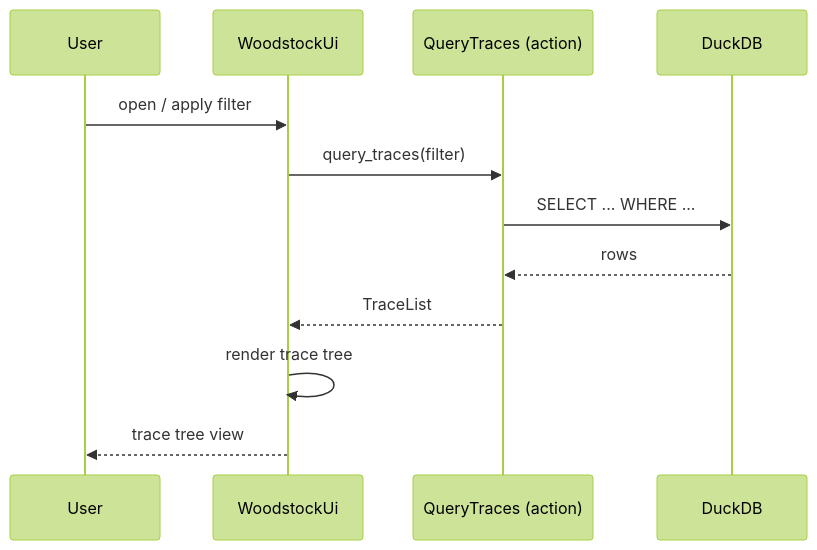
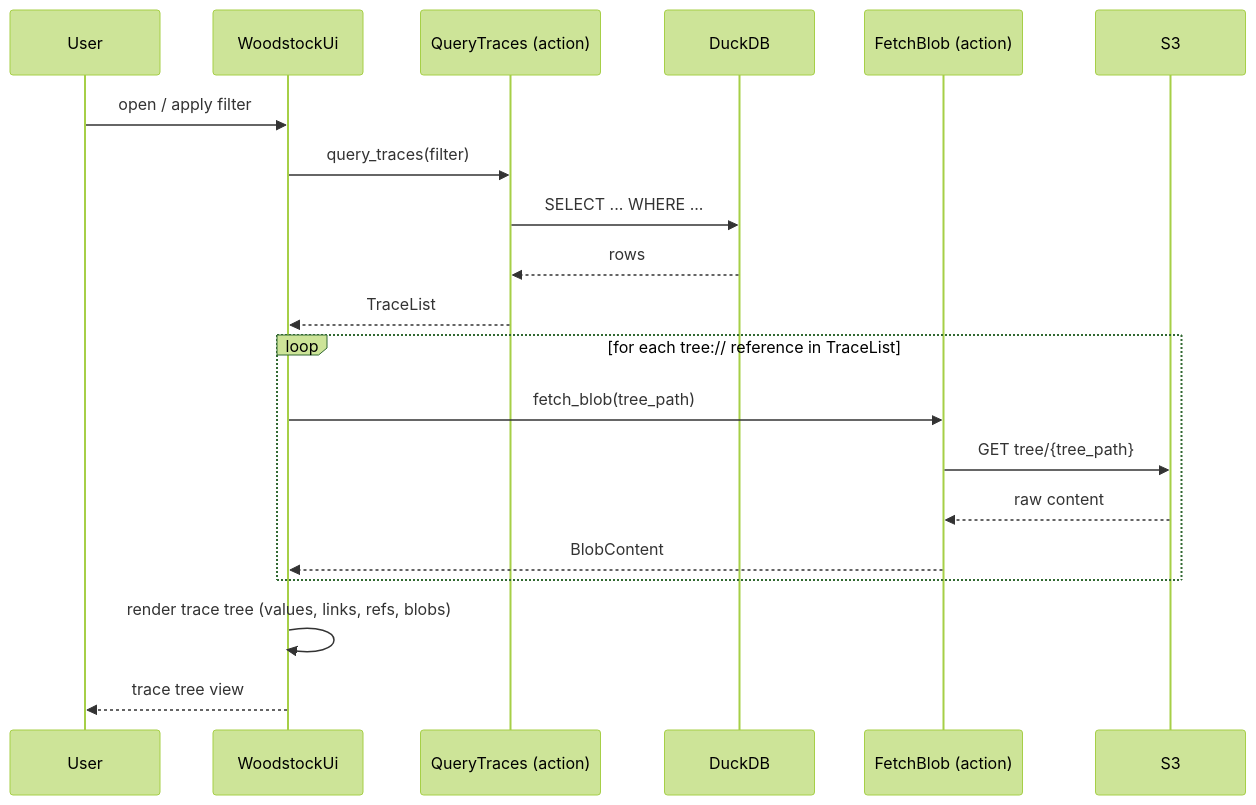
One commit to mnieber/woodstock changed the diagram in libs/woodstock_sdk/python/docs/spec/scenarios/ms4_the_woodstock_ui_queries_and_displays_traces.md. Above: the diagram before and after it, drawn with Mermaid (forest theme). The commit also changed other lines of this file and 12 other files, not shown here.

````diff
--- a/libs/woodstock_sdk/python/docs/spec/scenarios/ms4_the_woodstock_ui_queries_and_displays_traces.md
+++ b/libs/woodstock_sdk/python/docs/spec/scenarios/ms4_the_woodstock_ui_queries_and_displays_traces.md
@@ -34,15 +40,25 @@
 ```mermaid
 sequenceDiagram
     participant User
     participant UI as WoodstockUi
     participant QueryTraces as QueryTraces (action)
     participant DuckDB
+    participant FetchBlob as FetchBlob (action)
+    participant S3
 
     User->>UI: open / apply filter
     UI->>QueryTraces: query_traces(filter)
     QueryTraces->>DuckDB: SELECT ... WHERE ...
     DuckDB-->>QueryTraces: rows
     QueryTraces-->>UI: TraceList
-    UI->>UI: render trace tree
+
+    loop for each tree:// reference in TraceList
+        UI->>FetchBlob: fetch_blob(tree_path)
+        FetchBlob->>S3: GET tree/{tree_path}
+        S3-->>FetchBlob: raw content
+        FetchBlob-->>UI: BlobContent
+    end
+
+    UI->>UI: render trace tree (values, links, refs, blobs)
     UI-->>User: trace tree view
 ```
````
